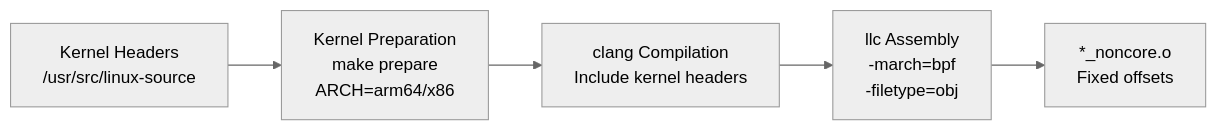
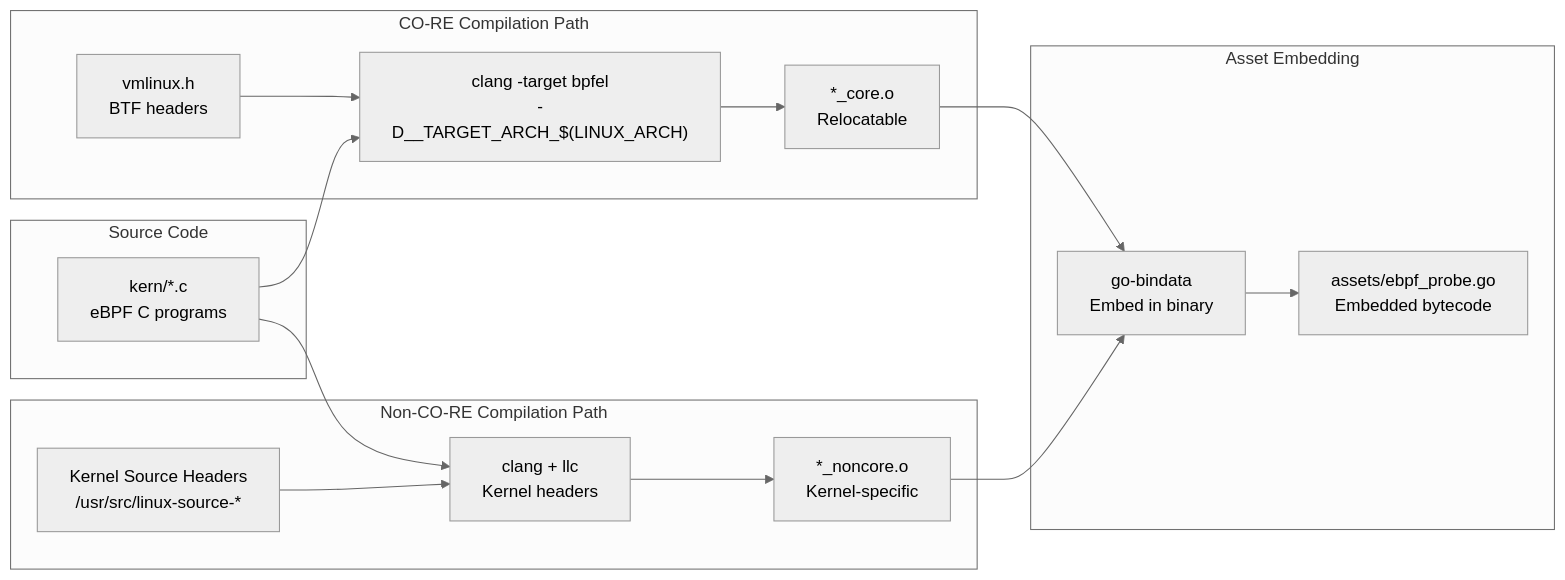
Before and after one commit to gojue/ecapture.cc: the second of 11 diagrams in src/en/2-architecture/2.1-ebpf-engine.md, drawn with Mermaid (neutral theme). The commit also changed other lines of this file and 70 other files, not shown here.

Commit message:
feat: update sidebar and navigation links for architecture and shell command auditing sections

````diff
--- a/src/en/2-architecture/2.1-ebpf-engine.md
+++ b/src/en/2-architecture/2.1-ebpf-engine.md
@@ -236,13 +91,35 @@
 ```mermaid
 graph LR
-    HEADERS["Kernel Headers<br/>/usr/src/linux-source"]
-    KERN_PREP["Kernel Preparation<br/>make prepare<br/>ARCH=arm64/x86"]
-    CLANG["clang Compilation<br/>Include kernel headers"]
-    LLC["llc Assembly<br/>-march=bpf<br/>-filetype=obj"]
-    NONCORE["*_noncore.o<br/>Fixed offsets"]
+    subgraph "Source Code"
+        KernC["kern/*.c<br/>eBPF C programs"]
+    end
     
-    HEADERS --> KERN_PREP
-    KERN_PREP --> CLANG
-    CLANG --> LLC
-    LLC --> NONCORE
+    subgraph "CO-RE Compilation Path"
+        ClangCORE["clang -target bpfel<br/>-D__TARGET_ARCH_$(LINUX_ARCH)"]
+        VMLinux["vmlinux.h<br/>BTF headers"]
+        CoreObj["*_core.o<br/>Relocatable"]
+        
+        KernC --> ClangCORE
+        VMLinux --> ClangCORE
+        ClangCORE --> CoreObj
+    end
+    
+    subgraph "Non-CO-RE Compilation Path"
+        ClangNonCORE["clang + llc<br/>Kernel headers"]
+        KernHeaders["Kernel Source Headers<br/>/usr/src/linux-source-*"]
+        NonCoreObj["*_noncore.o<br/>Kernel-specific"]
+        
+        KernC --> ClangNonCORE
+        KernHeaders --> ClangNonCORE
+        ClangNonCORE --> NonCoreObj
+    end
+    
+    subgraph "Asset Embedding"
+        GoBinData["go-bindata<br/>Embed in binary"]
+        AssetsGo["assets/ebpf_probe.go<br/>Embedded bytecode"]
+        
+        CoreObj --> GoBinData
+        NonCoreObj --> GoBinData
+        GoBinData --> AssetsGo
+    end
 ```
````
